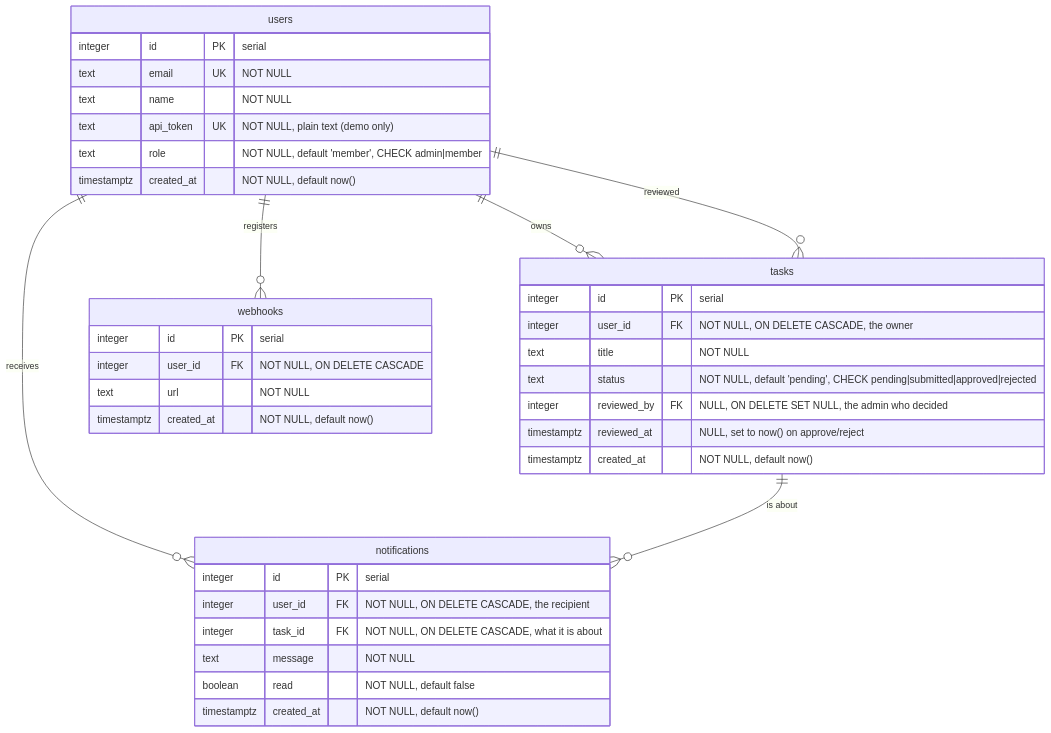
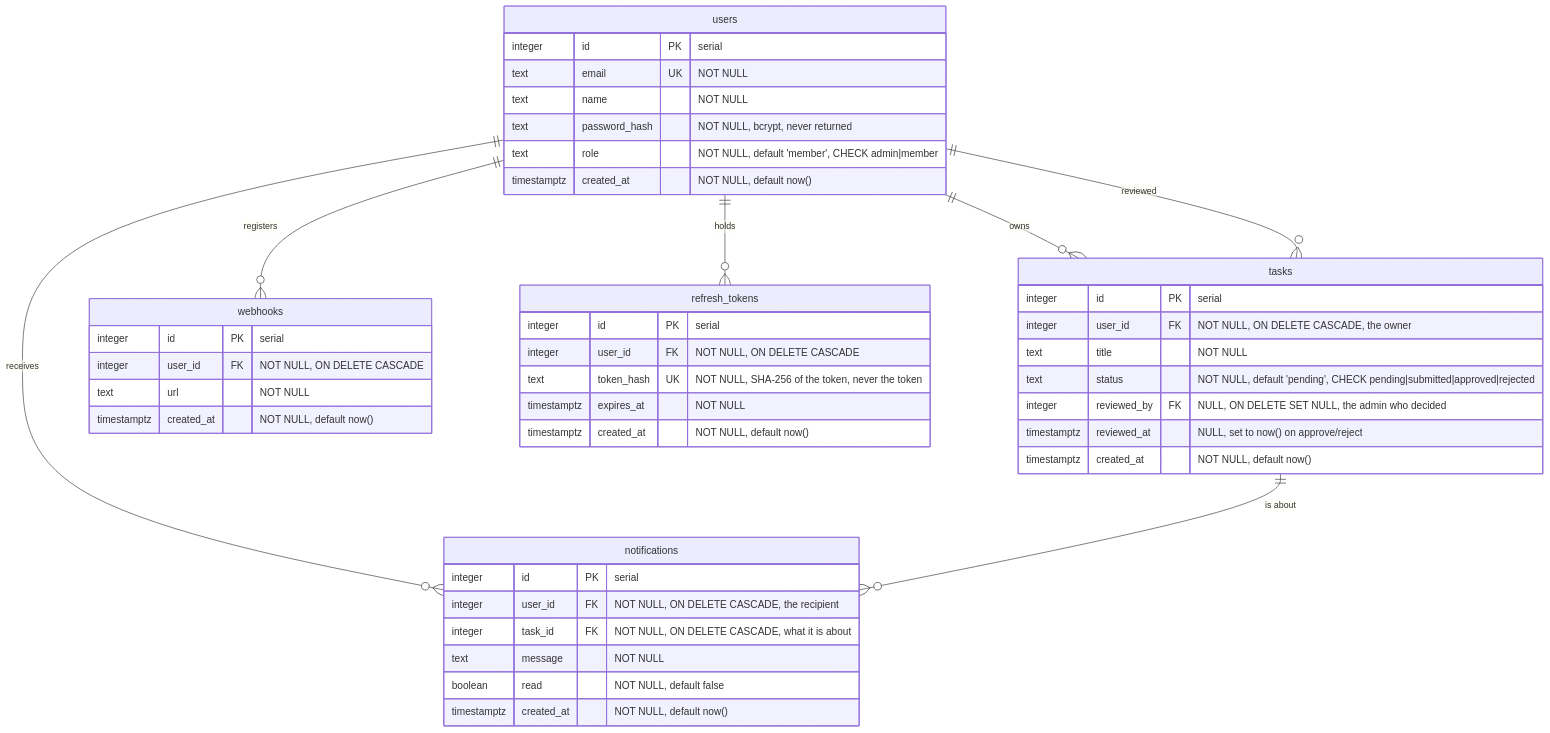
Before and after one commit to bechir-slrgy/go_learning_app: the diagram in docs/ERD.md, drawn with Mermaid. The commit also changed other lines of this file and 4 other files, not shown here.

First line of the commit message:
docs: JWT auth in README, LEARN, ERD, screenshots, Insomnia

````diff
--- a/docs/ERD.md
+++ b/docs/ERD.md
@@ -9,43 +9,52 @@
 ```mermaid
 erDiagram
-    users ||--o{ tasks         : "owns"
-    users ||--o{ tasks         : "reviewed"
-    users ||--o{ webhooks      : "registers"
-    users ||--o{ notifications : "receives"
-    tasks ||--o{ notifications : "is about"
+    users ||--o{ tasks          : "owns"
+    users ||--o{ tasks          : "reviewed"
+    users ||--o{ webhooks       : "registers"
+    users ||--o{ notifications  : "receives"
+    users ||--o{ refresh_tokens : "holds"
+    tasks ||--o{ notifications  : "is about"
 
     users {
+        integer     id            PK "serial"
+        text        email         UK "NOT NULL"
+        text        name             "NOT NULL"
+        text        password_hash    "NOT NULL, bcrypt, never returned"
+        text        role             "NOT NULL, default 'member', CHECK admin|member"
+        timestamptz created_at       "NOT NULL, default now()"
+    }
+
+    refresh_tokens {
         integer     id         PK "serial"
-        text        email      UK "NOT NULL"
-        text        name          "NOT NULL"
-        text        api_token  UK "NOT NULL, plain text (demo only)"
-        text        role          "NOT NULL, default 'member', CHECK admin|member"
+        integer     user_id    FK "NOT NULL, ON DELETE CASCADE"
+        text        token_hash UK "NOT NULL, SHA-256 of the token, never the token"
+        timestamptz expires_at    "NOT NULL"
         timestamptz created_at    "NOT NULL, default now()"
     }
 
     tasks {
         integer     id          PK "serial"
         integer     user_id     FK "NOT NULL, ON DELETE CASCADE, the owner"
         text        title          "NOT NULL"
         text        status         "NOT NULL, default 'pending', CHECK pending|submitted|approved|rejected"
         integer     reviewed_by FK "NULL, ON DELETE SET NULL, the admin who decided"
         timestamptz reviewed_at    "NULL, set to now() on approve/reject"
         timestamptz created_at     "NOT NULL, default now()"
     }
 
     webhooks {
         integer     id         PK "serial"
         integer     user_id    FK "NOT NULL, ON DELETE CASCADE"
         text        url           "NOT NULL"
         timestamptz created_at    "NOT NULL, default now()"
     }
 
     notifications {
         integer     id         PK "serial"
         integer     user_id    FK "NOT NULL, ON DELETE CASCADE, the recipient"
         integer     task_id    FK "NOT NULL, ON DELETE CASCADE, what it is about"
         text        message       "NOT NULL"
         boolean     read          "NOT NULL, default false"
         timestamptz created_at    "NOT NULL, default now()"
     }
 ```
````
